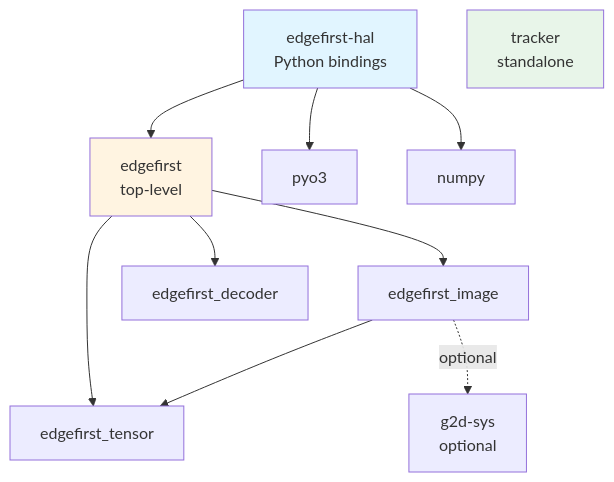
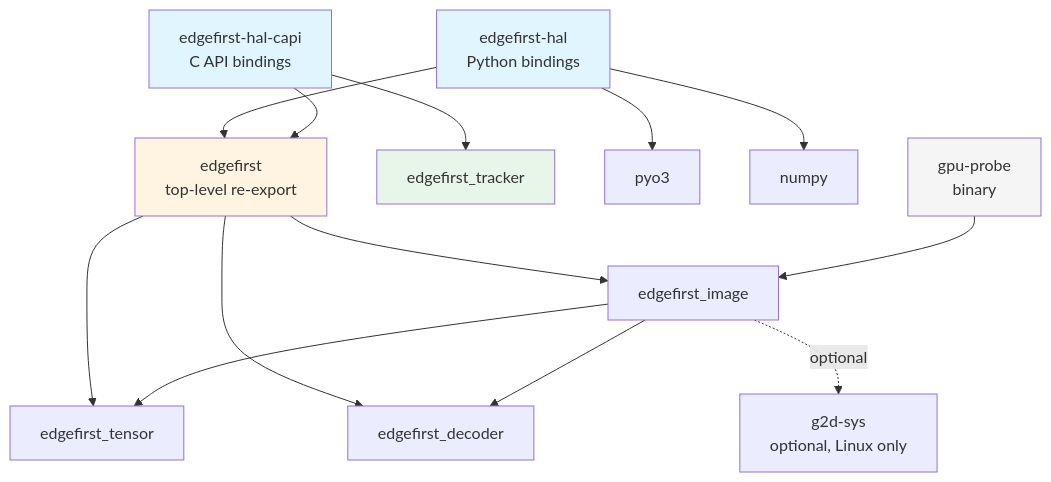
One commit to EdgeFirstAI/hal changed diagram 12 of 12 in ARCHITECTURE.md. Above: the diagram before and after it, drawn with Mermaid. The commit also changed other lines of this file and 1 other file, not shown here.

First line of the commit message:
EDGEAI-542: update ARCHITECTURE.md to v2.6 and add BENCHMARKS.md

````diff
--- a/ARCHITECTURE.md
+++ b/ARCHITECTURE.md
@@ -952,28 +1091,37 @@
 ```mermaid
 graph TD
-    EF[edgefirst<br/>top-level]
+    EF[edgefirst<br/>top-level re-export]
     Tensor[edgefirst_tensor]
     Image[edgefirst_image]
     Decoder[edgefirst_decoder]
-    G2D[g2d-sys<br/>optional]
-    
+    Tracker[edgefirst_tracker]
+    G2D[g2d-sys<br/>optional, Linux only]
+
     EF --> Tensor
     EF --> Image
     EF --> Decoder
     Image --> Tensor
+    Image --> Decoder
     Image -.optional.-> G2D
-    
+
     Python[edgefirst-hal<br/>Python bindings]
     PyO3[pyo3]
     Numpy[numpy]
-    
+
     Python --> EF
     Python --> PyO3
     Python --> Numpy
-    
-    Tracker[tracker<br/>standalone]
-    
+
+    CAPI[edgefirst-hal-capi<br/>C API bindings]
+    CAPI --> EF
+    CAPI --> Tracker
+
+    GpuProbe[gpu-probe<br/>binary]
+    GpuProbe --> Image
+
     style EF fill:#fff4e1
     style Python fill:#e1f5ff
+    style CAPI fill:#e1f5ff
     style Tracker fill:#e8f5e9
+    style GpuProbe fill:#f5f5f5
 ```
````
